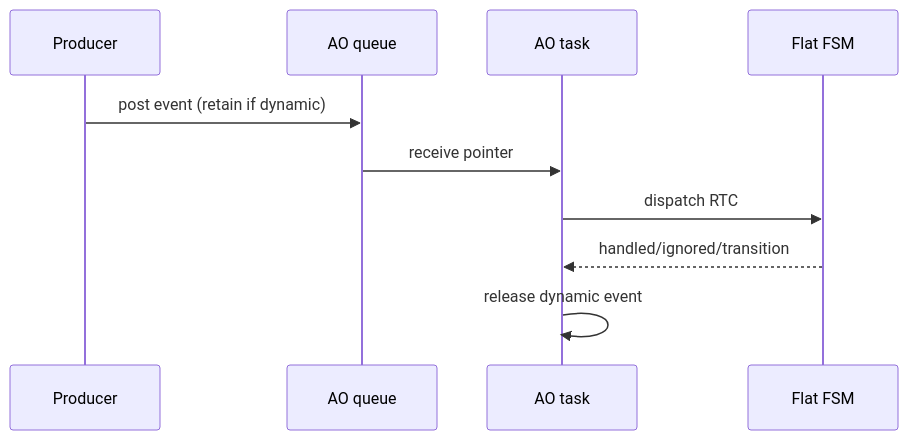
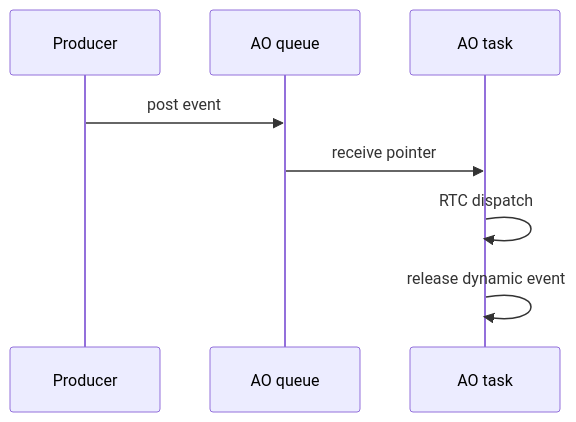
One commit to haikevins/hairtos changed the fifth of 5 diagrams in docs/00-overview/architecture.md. Above: the diagram before and after it, drawn with Mermaid. The commit also changed other lines of this file and 82 other files, not shown here.

````diff
--- a/docs/00-overview/architecture.md
+++ b/docs/00-overview/architecture.md
@@ -109,12 +125,10 @@
 ```mermaid
 sequenceDiagram
     participant P as Producer
     participant Q as AO queue
     participant A as AO task
-    participant F as Flat FSM
-    P->>Q: post event (retain if dynamic)
+    P->>Q: post event
     Q->>A: receive pointer
-    A->>F: dispatch RTC
-    F-->>A: handled/ignored/transition
+    A->>A: RTC dispatch
     A->>A: release dynamic event
 ```
````
